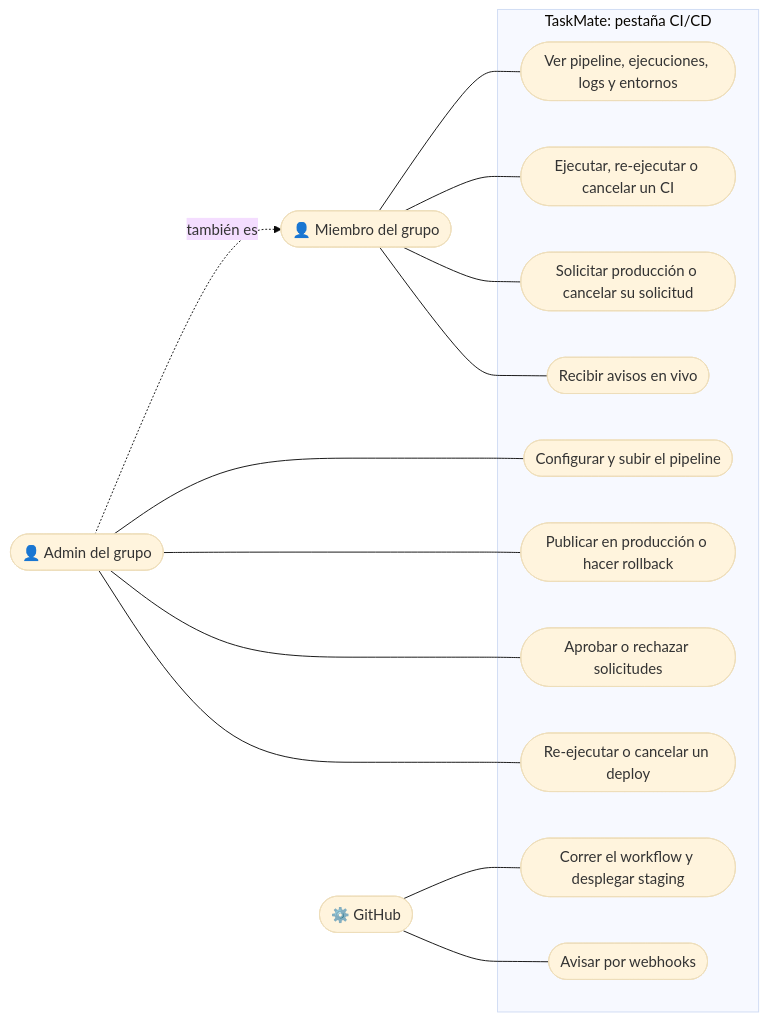
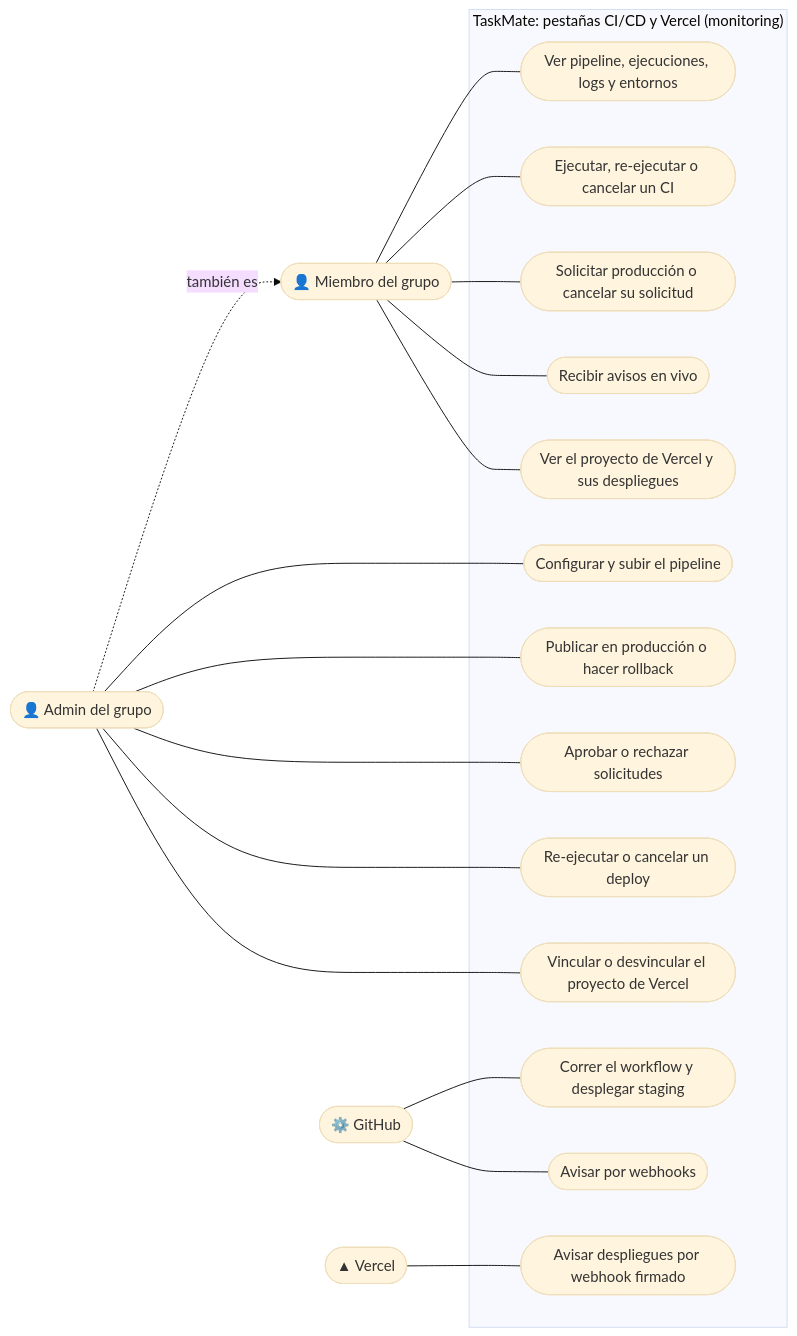
One commit to PabloP150/proyecto-is-cc6 changed the diagram in documentacion/04-casos-de-uso/08-cicd.md. Above: the diagram before and after it, drawn with Mermaid (base theme). The commit also changed other lines of this file and 204 other files, not shown here.

First line of the commit message:
docs: update all documentation, diagrams and PNGs to the test/e2e state

````diff
--- a/documentacion/04-casos-de-uso/08-cicd.md
+++ b/documentacion/04-casos-de-uso/08-cicd.md
@@ -5,32 +5,39 @@
 ```mermaid
 flowchart LR
     M(["👤 Miembro del grupo"])
     A(["👤 Admin del grupo"])
     GH(["⚙️ GitHub"])
+    V(["▲ Vercel"])
 
     A -.->|"también es"| M
 
-    subgraph SYS["TaskMate: pestaña CI/CD"]
+    subgraph SYS["TaskMate: pestañas CI/CD y Vercel (monitoring)"]
         uc1(["Ver pipeline, ejecuciones, logs y entornos"])
         uc2(["Ejecutar, re-ejecutar o cancelar un CI"])
         uc3(["Solicitar producción o cancelar su solicitud"])
         uc4(["Recibir avisos en vivo"])
+        uc11(["Ver el proyecto de Vercel y sus despliegues"])
         uc5(["Configurar y subir el pipeline"])
         uc6(["Publicar en producción o hacer rollback"])
         uc7(["Aprobar o rechazar solicitudes"])
         uc8(["Re-ejecutar o cancelar un deploy"])
+        uc12(["Vincular o desvincular el proyecto de Vercel"])
         uc9(["Correr el workflow y desplegar staging"])
         uc10(["Avisar por webhooks"])
+        uc13(["Avisar despliegues por webhook firmado"])
     end
 
     M --- uc1
     M --- uc2
     M --- uc3
     M --- uc4
+    M --- uc11
     A --- uc5
     A --- uc6
     A --- uc7
     A --- uc8
+    A --- uc12
     GH --- uc9
     GH --- uc10
+    V --- uc13
 ```
````
